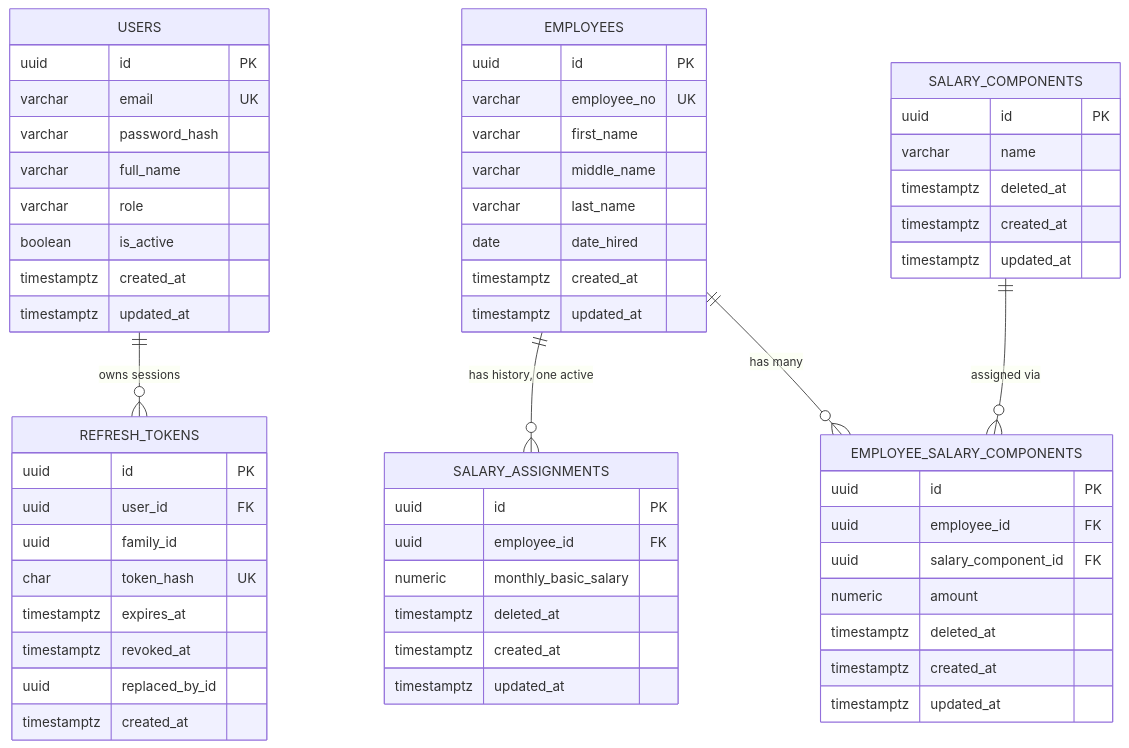
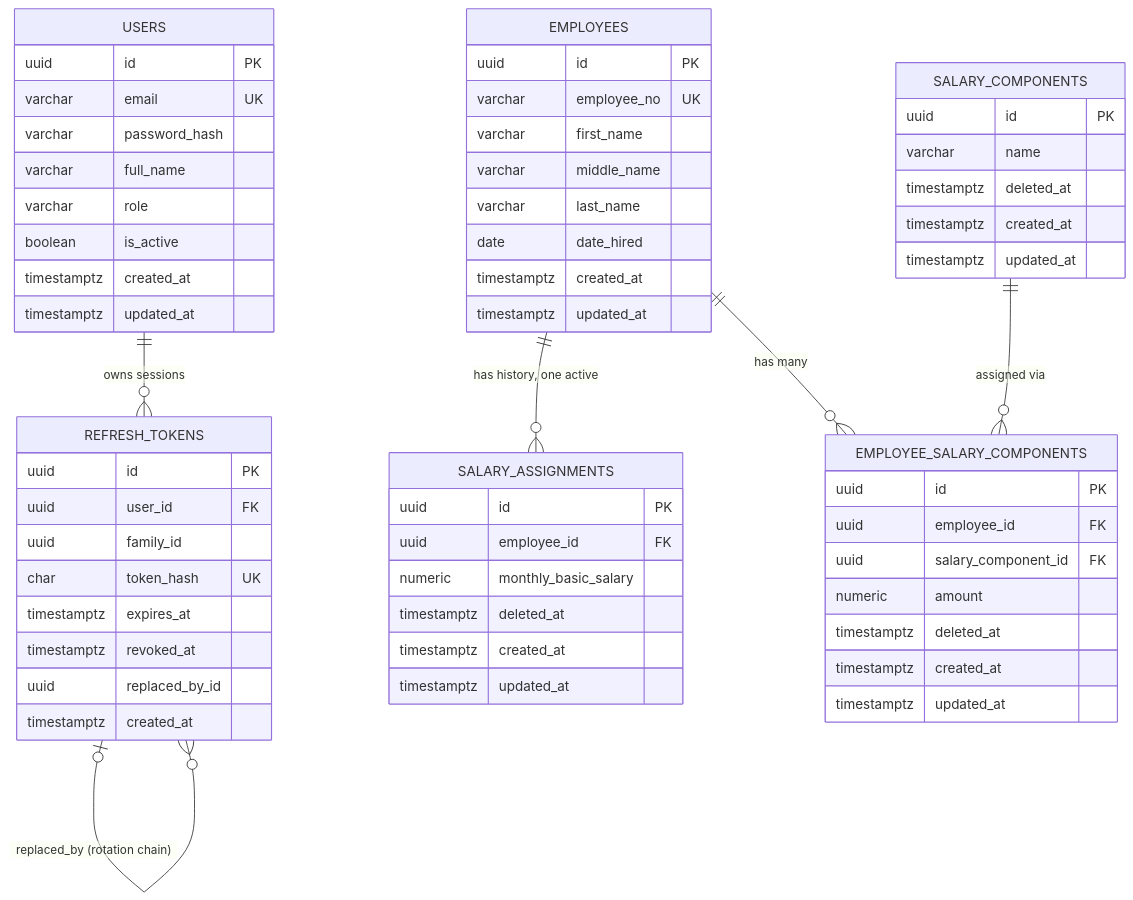
Before and after one commit to selrahcjstn/employee-management-system: the diagram in docs/PRD.md, drawn with Mermaid. The commit also changed other lines of this file and 32 other files, not shown here.

````diff
--- a/docs/PRD.md
+++ b/docs/PRD.md
@@ -265,62 +265,63 @@
 ```mermaid
 erDiagram
     USERS ||--o{ REFRESH_TOKENS : "owns sessions"
+    REFRESH_TOKENS |o--o{ REFRESH_TOKENS : "replaced_by (rotation chain)"
     EMPLOYEES ||--o{ SALARY_ASSIGNMENTS : "has history, one active"
     EMPLOYEES ||--o{ EMPLOYEE_SALARY_COMPONENTS : "has many"
     SALARY_COMPONENTS ||--o{ EMPLOYEE_SALARY_COMPONENTS : "assigned via"
 
     USERS {
         uuid id PK
         varchar email UK
         varchar password_hash
         varchar full_name
         varchar role
         boolean is_active
         timestamptz created_at
         timestamptz updated_at
     }
     REFRESH_TOKENS {
         uuid id PK
         uuid user_id FK
         uuid family_id
         char token_hash UK
         timestamptz expires_at
         timestamptz revoked_at
         uuid replaced_by_id
         timestamptz created_at
     }
     EMPLOYEES {
         uuid id PK
         varchar employee_no UK
         varchar first_name
         varchar middle_name
         varchar last_name
         date date_hired
         timestamptz created_at
         timestamptz updated_at
     }
     SALARY_ASSIGNMENTS {
         uuid id PK
         uuid employee_id FK
         numeric monthly_basic_salary
         timestamptz deleted_at
         timestamptz created_at
         timestamptz updated_at
     }
     SALARY_COMPONENTS {
         uuid id PK
         varchar name
         timestamptz deleted_at
         timestamptz created_at
         timestamptz updated_at
     }
     EMPLOYEE_SALARY_COMPONENTS {
         uuid id PK
         uuid employee_id FK
         uuid salary_component_id FK
         numeric amount
         timestamptz deleted_at
         timestamptz created_at
         timestamptz updated_at
     }
 ```
````
